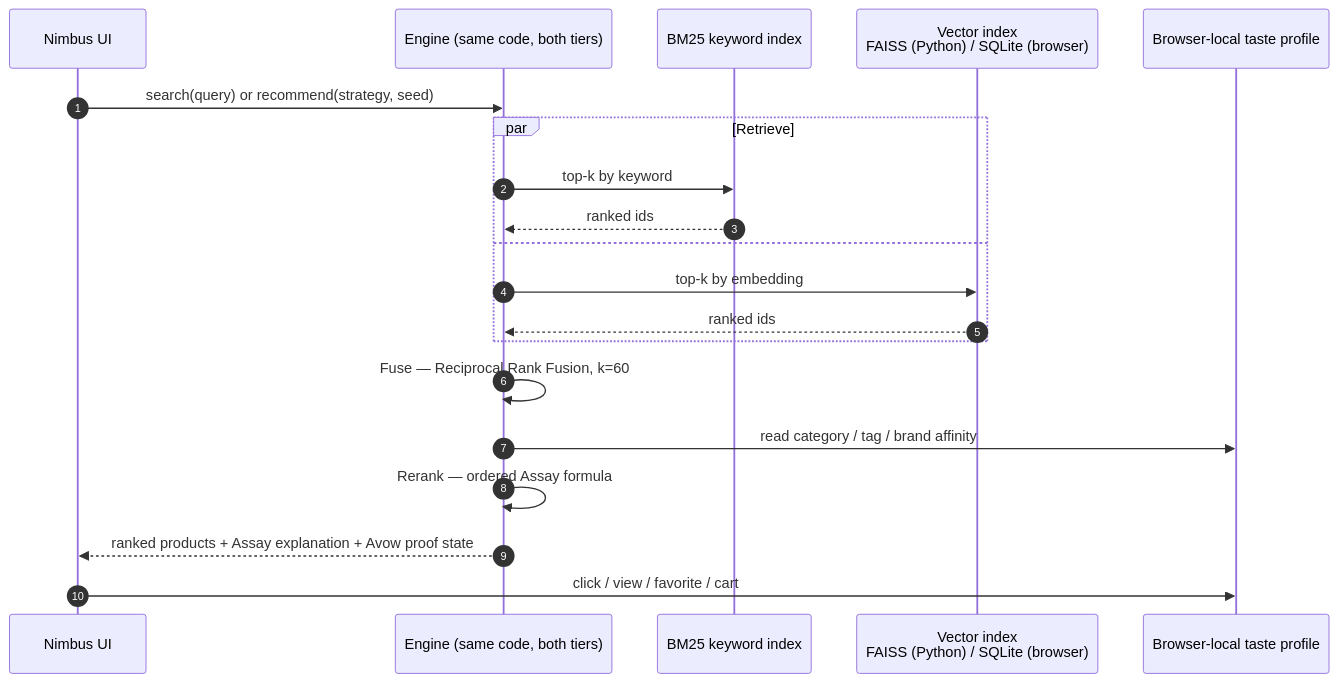
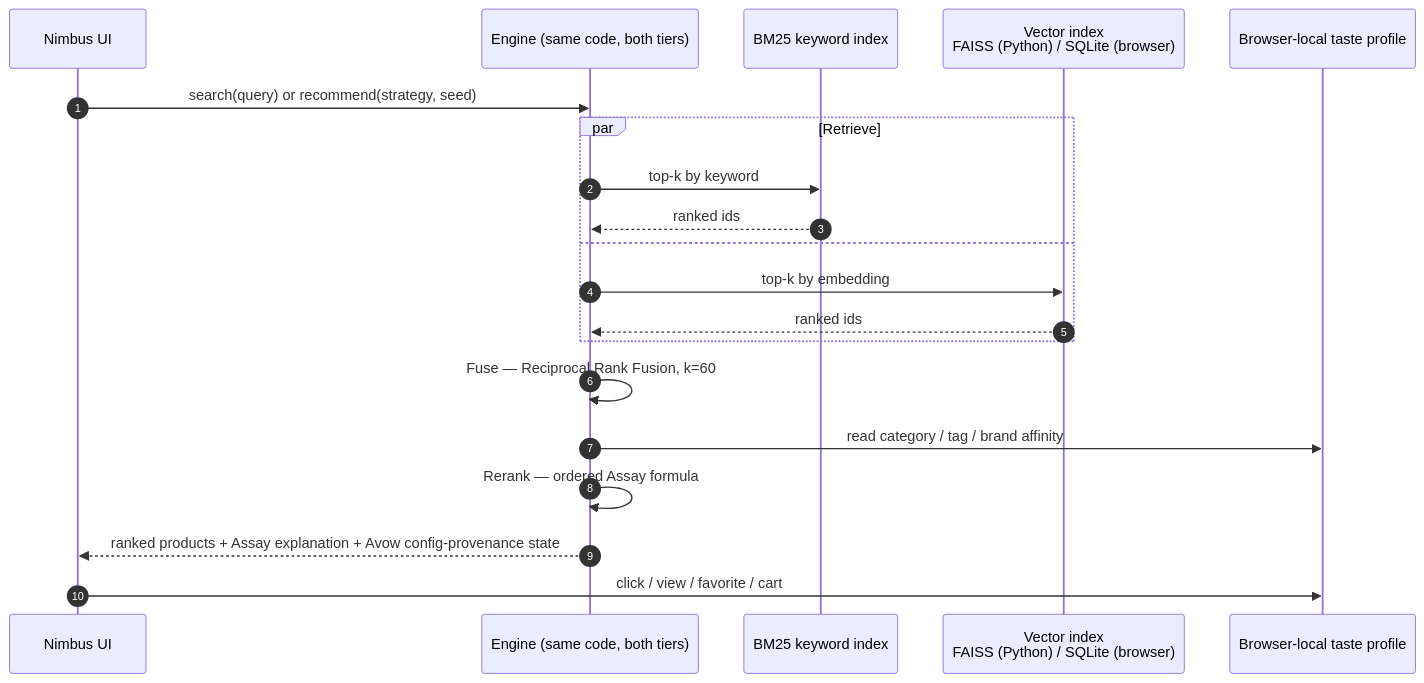
Before and after one commit to hseshadr/edge-reco: the second of 3 diagrams in docs/ARCHITECTURE.md, drawn with Mermaid. The commit also changed other lines of this file and 7 other files, not shown here.

First line of the commit message:
docs: label the Avow panel as config provenance and search as exact flat (#118)

````diff
--- a/docs/ARCHITECTURE.md
+++ b/docs/ARCHITECTURE.md
@@ -63,23 +63,23 @@
 ```mermaid
 sequenceDiagram
     autonumber
     participant UI as Nimbus UI
     participant Engine as Engine (same code, both tiers)
     participant BM25 as BM25 keyword index
     participant Vec as Vector index<br/>FAISS (Python) / SQLite (browser)
     participant Session as Browser-local taste profile
 
     UI->>Engine: search(query) or recommend(strategy, seed)
     par Retrieve
         Engine->>BM25: top-k by keyword
         BM25-->>Engine: ranked ids
     and
         Engine->>Vec: top-k by embedding
         Vec-->>Engine: ranked ids
     end
     Engine->>Engine: Fuse — Reciprocal Rank Fusion, k=60
     Engine->>Session: read category / tag / brand affinity
     Engine->>Engine: Rerank — ordered Assay formula
-    Engine-->>UI: ranked products + Assay explanation + Avow proof state
+    Engine-->>UI: ranked products + Assay explanation + Avow config-provenance state
     UI->>Session: click / view / favorite / cart
 ```
````
